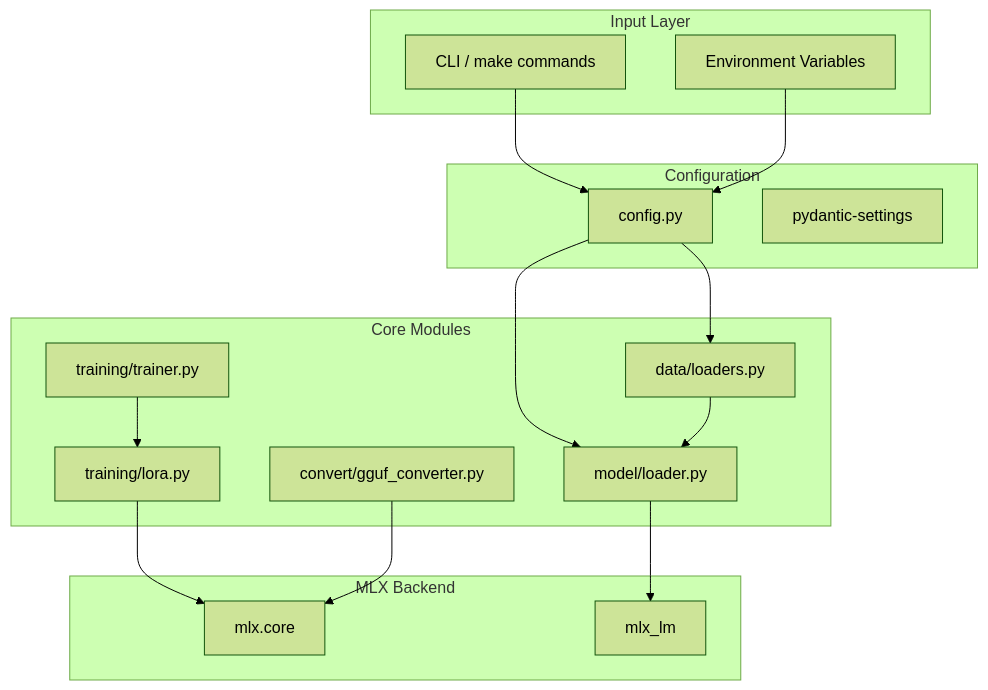
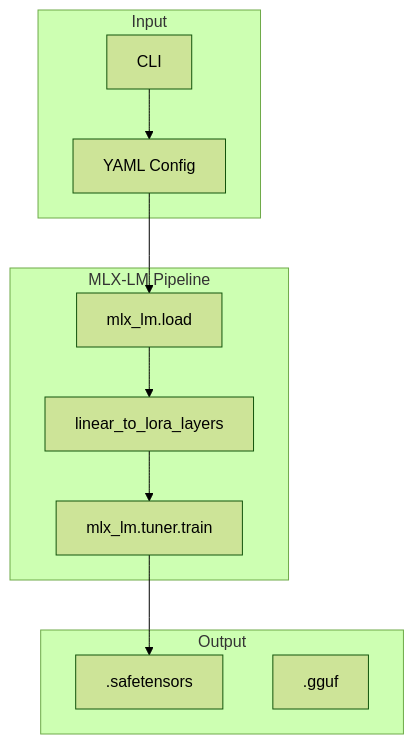
Before and after one commit to levalencia/apple-silicon-llm-stack: the diagram in mlx-tuner/README.md, drawn with Mermaid (forest theme). The commit also changed other lines of this file and 1 other file, not shown here.

First line of the commit message:
docs: update README with real training results

````diff
--- a/mlx-tuner/README.md
+++ b/mlx-tuner/README.md
@@ -53,35 +84,24 @@
 ```mermaid
 graph TB
-    subgraph "Input Layer"
-        CLI[CLI / make commands]
-        ENV[Environment Variables]
+    subgraph "Input"
+        CLI[CLI]
+        Config[YAML Config]
     end
     
-    subgraph "Configuration"
-        CFG[config.py]
-        Pydantic[pydantic-settings]
+    subgraph "MLX-LM Pipeline"
+        Load[mlx_lm.load]
+        LoRA[linear_to_lora_layers]
+        Train[mlx_lm.tuner.train]
     end
     
-    subgraph "Core Modules"
-        Loader[model/loader.py]
-        Data[data/loaders.py]
-        Train[training/trainer.py]
-        LoRA[training/lora.py]
-        Convert[convert/gguf_converter.py]
+    subgraph "Output"
+        Adapters[.safetensors]
+        GGUF[.gguf]
     end
     
-    subgraph "MLX Backend"
-        MLX[mlx.core]
-        MLXLM[mlx_lm]
-    end
-    
-    CLI --> CFG
-    ENV --> CFG
-    CFG --> Loader
-    CFG --> Data
-    Loader --> MLXLM
-    Data --> Loader
-    Train --> LoRA
-    LoRA --> MLX
-    Convert --> MLX
+    CLI --> Config
+    Config --> Load
+    Load --> LoRA
+    LoRA --> Train
+    Train --> Adapters
 ```
````
